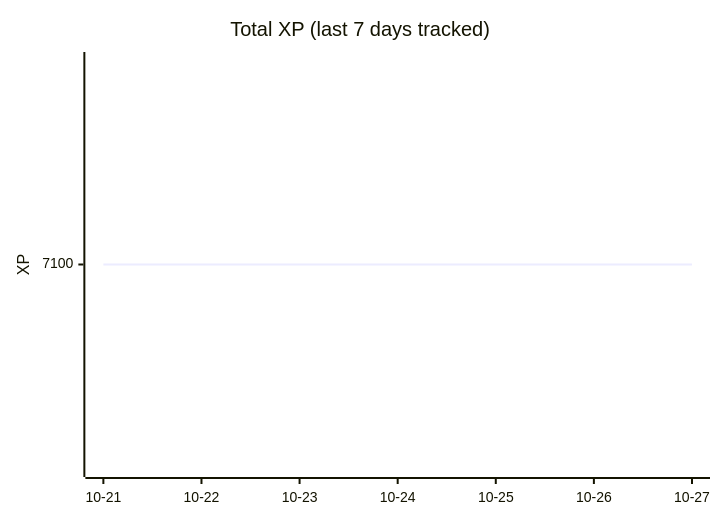
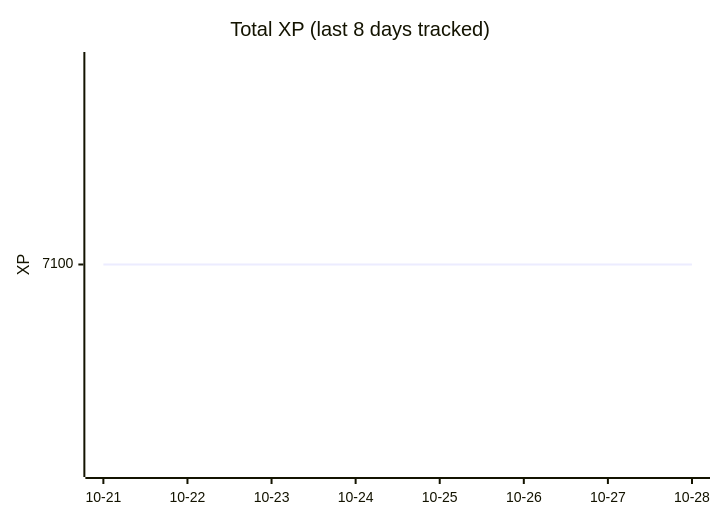
One commit to ASR222/bootdev-progress changed the diagram in README.md. Above: the diagram before and after it, drawn with Mermaid. The commit also changed other lines of this file and 1 other file, not shown here.

Commit message:
Boot.dev progress: 2026-10-27

````diff
--- a/README.md
+++ b/README.md
@@ -14,7 +14,7 @@
 ```mermaid
 xychart-beta
-    title "Total XP (last 7 days tracked)"
-    x-axis ["10-21", "10-22", "10-23", "10-24", "10-25", "10-26", "10-27"]
+    title "Total XP (last 8 days tracked)"
+    x-axis ["10-21", "10-22", "10-23", "10-24", "10-25", "10-26", "10-27", "10-28"]
     y-axis "XP"
-    line [7100, 7100, 7100, 7100, 7100, 7100, 7100]
+    line [7100, 7100, 7100, 7100, 7100, 7100, 7100, 7100]
 ```
````
